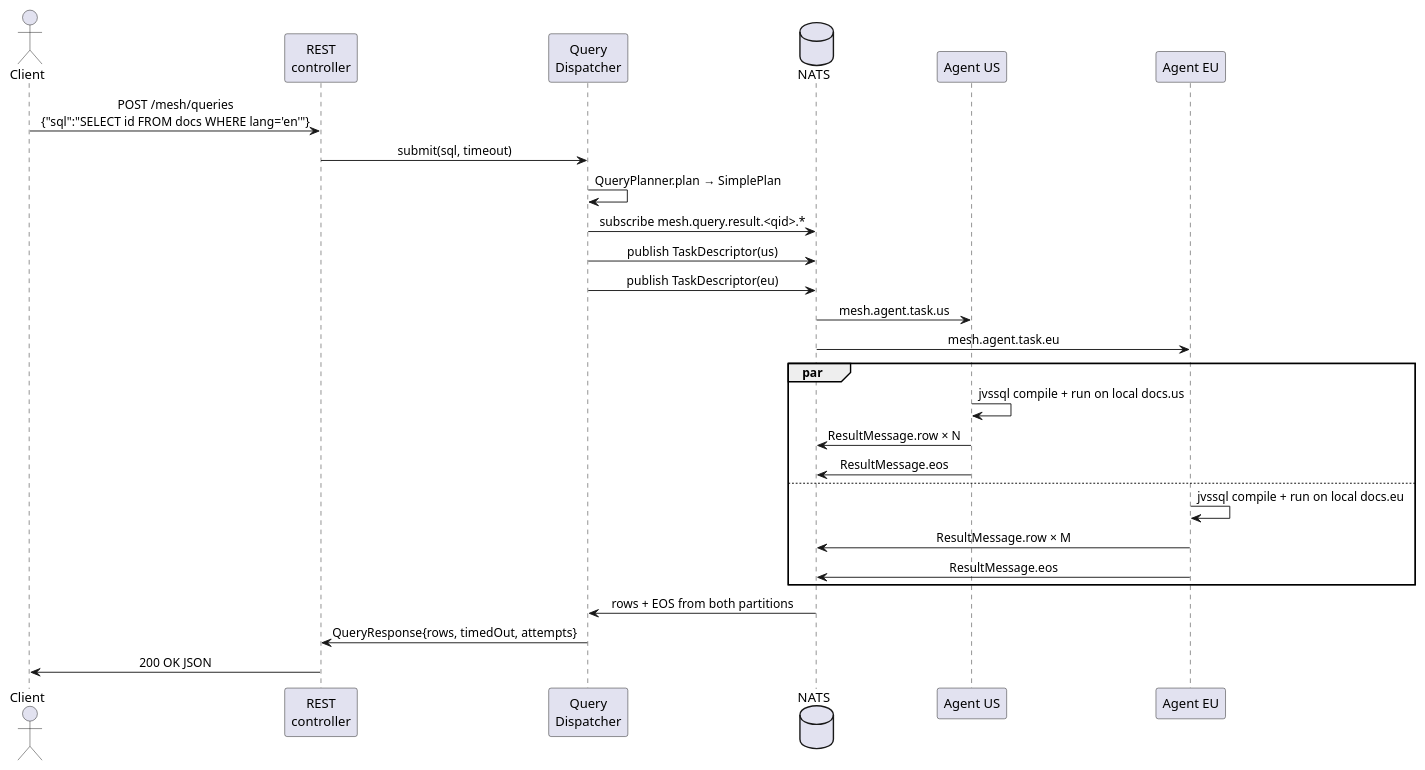
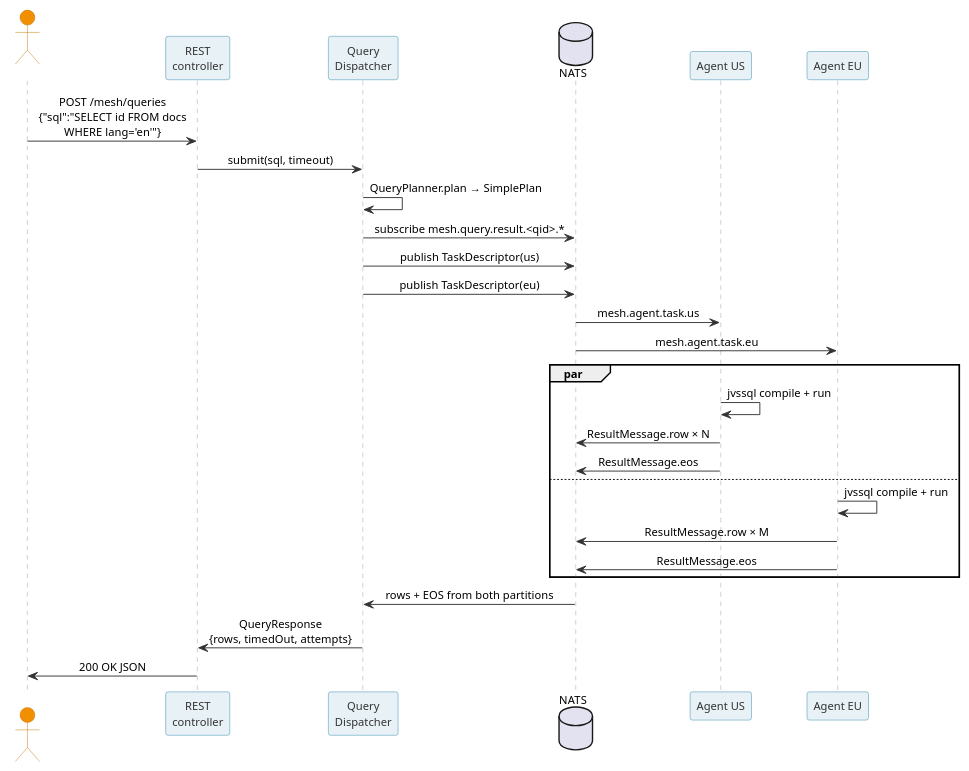
One commit to geekychris/hitorro-mesh-core changed the second of 10 diagrams in docs/user-guide/mesh-user-guide.adoc. Above: the diagram before and after it, drawn with PlantUML. The commit also changed other lines of this file, not shown here.

```diff
--- a/docs/user-guide/mesh-user-guide.adoc
+++ b/docs/user-guide/mesh-user-guide.adoc
@@ -213,39 +342,52 @@
 [plantuml, query-lifecycle-simple, svg]
 ....
 @startuml
-skinparam sequenceMessageAlign center
 skinparam backgroundColor transparent
 skinparam defaultFontName Helvetica
+skinparam defaultFontSize 12
+skinparam sequenceMessageAlign center
+skinparam shadowing false
+skinparam ArrowColor #333
+skinparam sequence {
+  ActorBackgroundColor #F18F01
+  ActorBorderColor #C67300
+  ActorFontColor white
+  ParticipantBackgroundColor #E8F1F5
+  ParticipantBorderColor #2E86AB
+  ParticipantFontColor #333
+  LifeLineBackgroundColor #F5F5F5
+  LifeLineBorderColor #999
+}
 
 actor Client
 participant "REST\ncontroller" as REST
 participant "Query\nDispatcher" as D
 database NATS
 participant "Agent US" as AU
 participant "Agent EU" as AE
 
-Client -> REST : POST /mesh/queries\n{"sql":"SELECT id FROM docs WHERE lang='en'"}
+Client -> REST : POST /mesh/queries\n{"sql":"SELECT id FROM docs\nWHERE lang='en'"}
 REST -> D : submit(sql, timeout)
 D -> D : QueryPlanner.plan → SimplePlan
 D -> NATS : subscribe mesh.query.result.<qid>.*
 D -> NATS : publish TaskDescriptor(us)
 D -> NATS : publish TaskDescriptor(eu)
 NATS -> AU : mesh.agent.task.us
 NATS -> AE : mesh.agent.task.eu
 
 par
-  AU -> AU : jvssql compile + run on local docs.us
+  AU -> AU : jvssql compile + run
   AU -> NATS : ResultMessage.row × N
   AU -> NATS : ResultMessage.eos
 also
-  AE -> AE : jvssql compile + run on local docs.eu
+  AE -> AE : jvssql compile + run
   AE -> NATS : ResultMessage.row × M
   AE -> NATS : ResultMessage.eos
 end
 
 NATS -> D : rows + EOS from both partitions
-D -> REST : QueryResponse{rows, timedOut, attempts}
+D -> REST : QueryResponse\n{rows, timedOut, attempts}
 REST -> Client : 200 OK JSON
 
 @enduml
 ....
```
